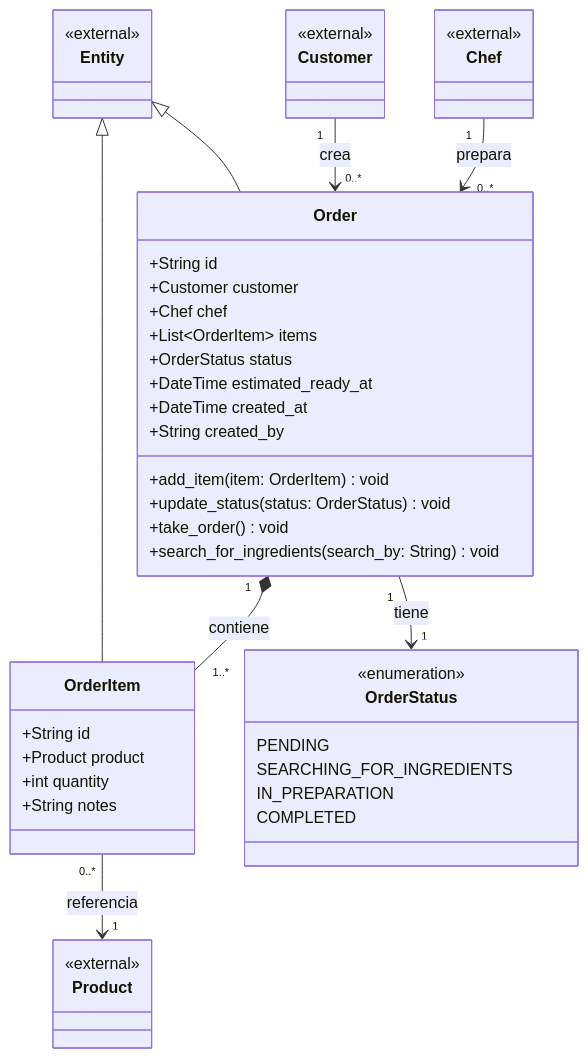
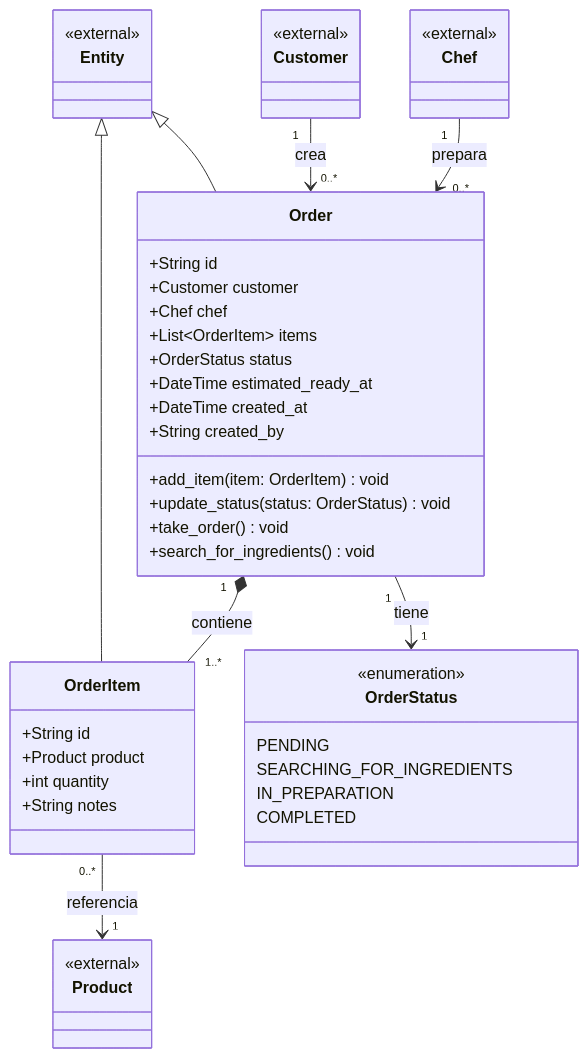
One commit to alexander9306/Kitchen-Simulator changed the diagram in src/entities/order/diagram.md. Above: the diagram before and after it, drawn with Mermaid. The commit also changed 1 other file, not shown here.

Commit message:
Remove unused search_by param from search_for_ingredients

````diff
--- a/src/entities/order/diagram.md
+++ b/src/entities/order/diagram.md
@@ -6,53 +6,53 @@
 ```mermaid
 classDiagram
     class Order {
         +String id
         +Customer customer
         +Chef chef
         +List~OrderItem~ items
         +OrderStatus status
         +DateTime estimated_ready_at
         +DateTime created_at
         +String created_by
         +add_item(item: OrderItem) void
         +update_status(status: OrderStatus) void
         +take_order() void
-        +search_for_ingredients(search_by: String) void
+        +search_for_ingredients() void
     }
 
     class OrderItem {
         +String id
         +Product product
         +int quantity
         +String notes
     }
 
     class OrderStatus {
         <<enumeration>>
         PENDING
         SEARCHING_FOR_INGREDIENTS
         IN_PREPARATION
         COMPLETED
     }
 
     class Entity {
         <<external>>
     }
     class Customer {
         <<external>>
     }
     class Chef {
         <<external>>
     }
     class Product {
         <<external>>
     }
 
     Entity <|-- Order
     Entity <|-- OrderItem
     Order "1" *-- "1..*" OrderItem : contiene
     Order "1" --> "1" OrderStatus : tiene
     OrderItem "0..*" --> "1" Product : referencia
     Customer "1" --> "0..*" Order : crea
     Chef "1" --> "0..*" Order : prepara
 ```
````
